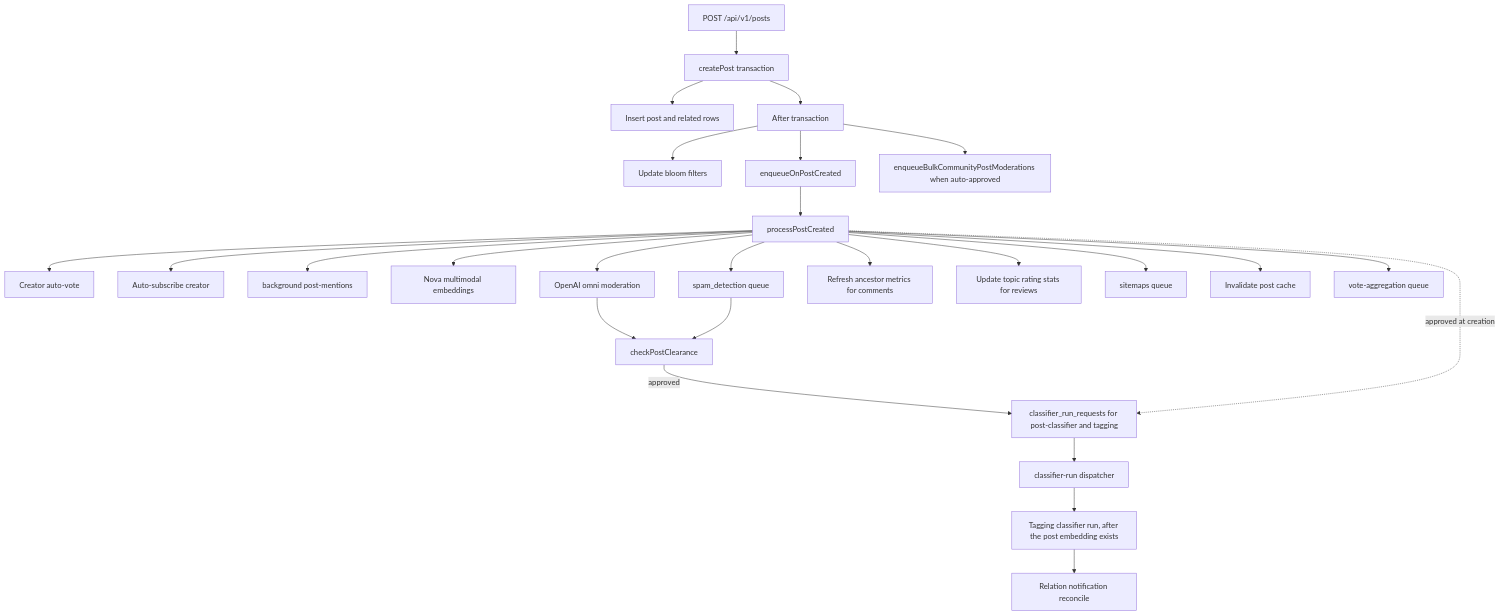
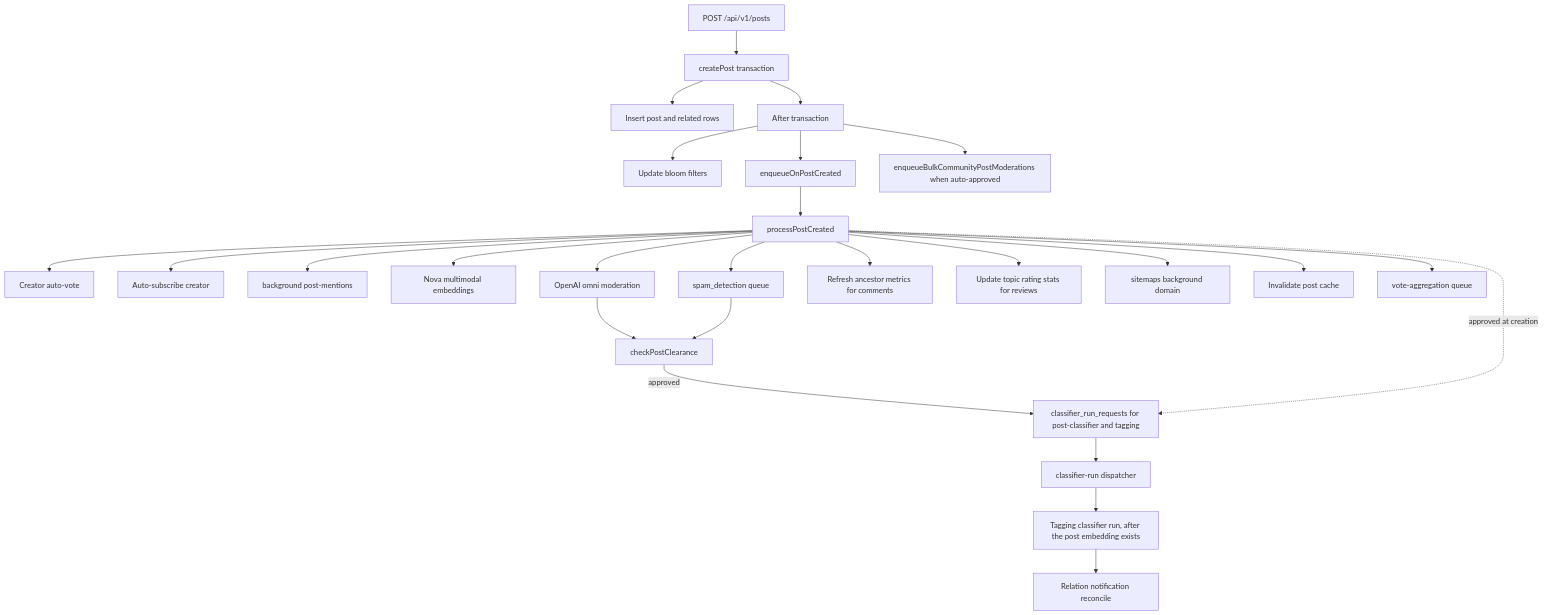
Before and after one commit to vouchington/vouchington: the first of 2 diagrams in docs/overview/architecture/reference-post-lifecycle-post-creation-pipeline.md, drawn with Mermaid. The commit also changed 160 other files, not shown here.

First line of the commit message:
feat(queues): move feed, web and kagi queues into the background queue

````diff
--- a/docs/overview/architecture/reference-post-lifecycle-post-creation-pipeline.md
+++ b/docs/overview/architecture/reference-post-lifecycle-post-creation-pipeline.md
@@ -7,28 +7,28 @@
 ```mermaid
 flowchart TD
   route[POST /api/v1/posts] --> create[createPost transaction]
   create --> post[Insert post and related rows]
   create --> after[After transaction]
   after --> bloom[Update bloom filters]
   after --> created[enqueueOnPostCreated]
   after --> community[enqueueBulkCommunityPostModerations when auto-approved]
   created --> listener[processPostCreated]
   listener --> votes[Creator auto-vote]
   listener --> subscribe[Auto-subscribe creator]
   listener --> mentions[background post-mentions]
   listener --> embeddings[Nova multimodal embeddings]
   listener --> omni[OpenAI omni moderation]
   omni --> clearance[checkPostClearance]
   clearance -->|approved| request[classifier_run_requests for post-classifier and tagging]
   listener -.->|approved at creation| request
   request --> dispatch[classifier-run dispatcher]
   dispatch --> tagging[Tagging classifier run, after the post embedding exists]
   tagging --> relationNotify[Relation notification reconcile]
   listener --> spam[spam_detection queue]
   spam --> clearance
   listener --> comments[Refresh ancestor metrics for comments]
   listener --> reviews[Update topic rating stats for reviews]
-  listener --> sitemap[sitemaps queue]
+  listener --> sitemap[sitemaps background domain]
   listener --> cache[Invalidate post cache]
   listener --> metrics[vote-aggregation queue]
 ```
````
